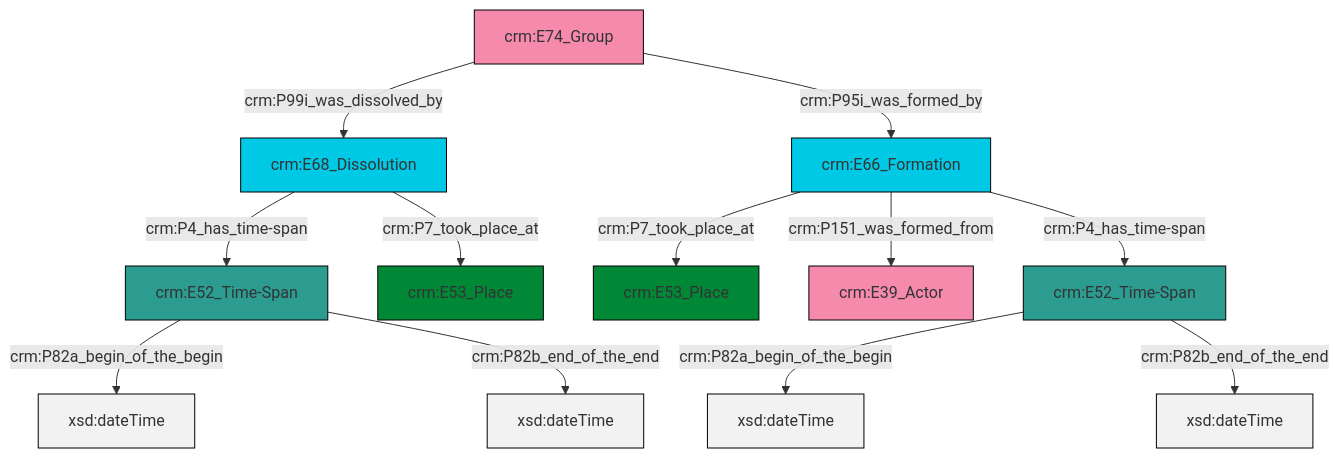
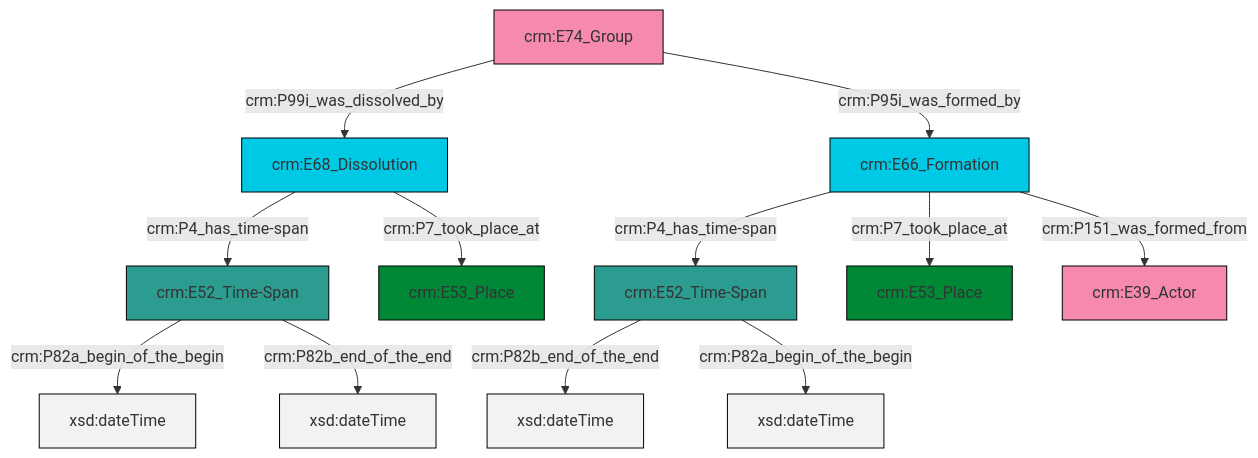
Before and after one commit to swiss-art-research-net/reference-data-models: the diagram in et/groupCSV/ttl/mmd/group_existence.ttl.mmd, drawn with Mermaid. The commit also changed 129 other files, not shown here.

```diff
--- a/et/groupCSV/ttl/mmd/group_existence.ttl.mmd
+++ b/et/groupCSV/ttl/mmd/group_existence.ttl.mmd
@@ -1,26 +1,26 @@
 graph TD
 classDef Literal fill:#f2f2f2,stroke:#000000;
 classDef CRM_Entity fill:#FFFFFF,stroke:#000000;
 classDef Temporal_Entity fill:#00C9E6, stroke:#000000;
 classDef Type fill:#E18312, stroke:#000000;
 classDef Time-Span fill:#2C9C91, stroke:#000000;
 classDef Appellation fill:#FFEB7F, stroke:#000000;
 classDef Place fill:#008836, stroke:#000000;
 classDef Persistent_Item fill:#B266B2, stroke:#000000;
 classDef Conceptual_Object fill:#FFD700, stroke:#000000;
 classDef Physical_Thing fill:#D2B48C, stroke:#000000;
 classDef Actor fill:#f58aad, stroke:#000000;
 classDef PC_Classes fill:#4ce600, stroke:#000000;
 classDef Multi fill:#cccccc,stroke:#000000;
 
-0["crm:E52_Time-Span"]:::Time-Span -->|crm:P82a_begin_of_the_begin| 1[xsd:dateTime]:::Literal
-2["crm:E68_Dissolution"]:::Temporal_Entity -->|crm:P4_has_time-span| 0["crm:E52_Time-Span"]:::Time-Span
-3["crm:E52_Time-Span"]:::Time-Span -->|crm:P82a_begin_of_the_begin| 4[xsd:dateTime]:::Literal
-3["crm:E52_Time-Span"]:::Time-Span -->|crm:P82b_end_of_the_end| 8[xsd:dateTime]:::Literal
-2["crm:E68_Dissolution"]:::Temporal_Entity -->|crm:P7_took_place_at| 9["crm:E53_Place"]:::Place
-10["crm:E66_Formation"]:::Temporal_Entity -->|crm:P7_took_place_at| 6["crm:E53_Place"]:::Place
-12["crm:E74_Group"]:::Actor -->|crm:P99i_was_dissolved_by| 2["crm:E68_Dissolution"]:::Temporal_Entity
-10["crm:E66_Formation"]:::Temporal_Entity -->|crm:P151_was_formed_from| 13["crm:E39_Actor"]:::Actor
-0["crm:E52_Time-Span"]:::Time-Span -->|crm:P82b_end_of_the_end| 14[xsd:dateTime]:::Literal
-12["crm:E74_Group"]:::Actor -->|crm:P95i_was_formed_by| 10["crm:E66_Formation"]:::Temporal_Entity
-10["crm:E66_Formation"]:::Temporal_Entity -->|crm:P4_has_time-span| 3["crm:E52_Time-Span"]:::Time-Span
+0["crm:E66_Formation"]:::Temporal_Entity -->|crm:P4_has_time-span| 1["crm:E52_Time-Span"]:::Time-Span
+1["crm:E52_Time-Span"]:::Time-Span -->|crm:P82b_end_of_the_end| 4[xsd:dateTime]:::Literal
+2["crm:E52_Time-Span"]:::Time-Span -->|crm:P82a_begin_of_the_begin| 5[xsd:dateTime]:::Literal
+6["crm:E68_Dissolution"]:::Temporal_Entity -->|crm:P4_has_time-span| 2["crm:E52_Time-Span"]:::Time-Span
+0["crm:E66_Formation"]:::Temporal_Entity -->|crm:P7_took_place_at| 9["crm:E53_Place"]:::Place
+1["crm:E52_Time-Span"]:::Time-Span -->|crm:P82a_begin_of_the_begin| 10[xsd:dateTime]:::Literal
+2["crm:E52_Time-Span"]:::Time-Span -->|crm:P82b_end_of_the_end| 12[xsd:dateTime]:::Literal
+16["crm:E74_Group"]:::Actor -->|crm:P99i_was_dissolved_by| 6["crm:E68_Dissolution"]:::Temporal_Entity
+0["crm:E66_Formation"]:::Temporal_Entity -->|crm:P151_was_formed_from| 13["crm:E39_Actor"]:::Actor
+16["crm:E74_Group"]:::Actor -->|crm:P95i_was_formed_by| 0["crm:E66_Formation"]:::Temporal_Entity
+6["crm:E68_Dissolution"]:::Temporal_Entity -->|crm:P7_took_place_at| 18["crm:E53_Place"]:::Place
```
